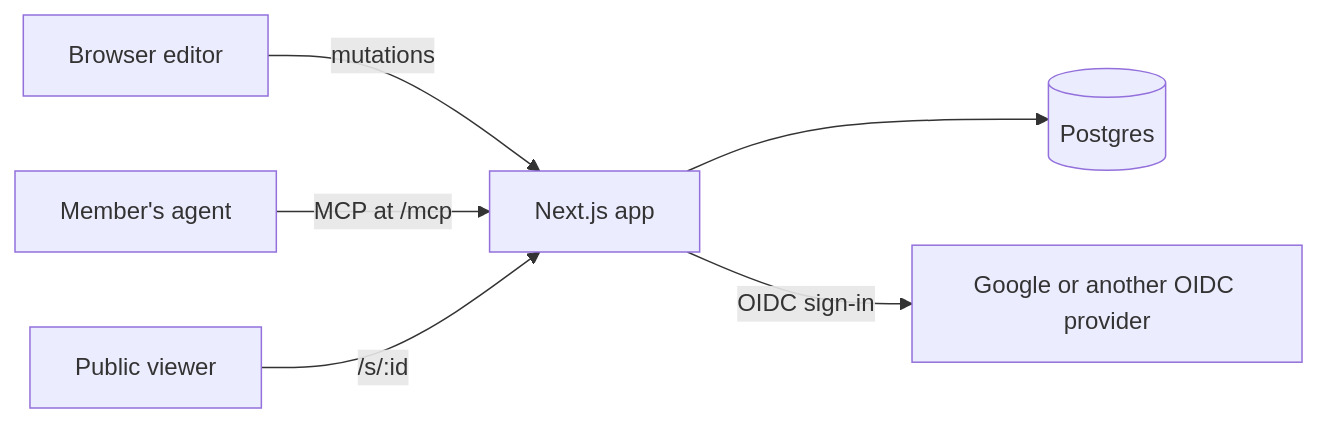
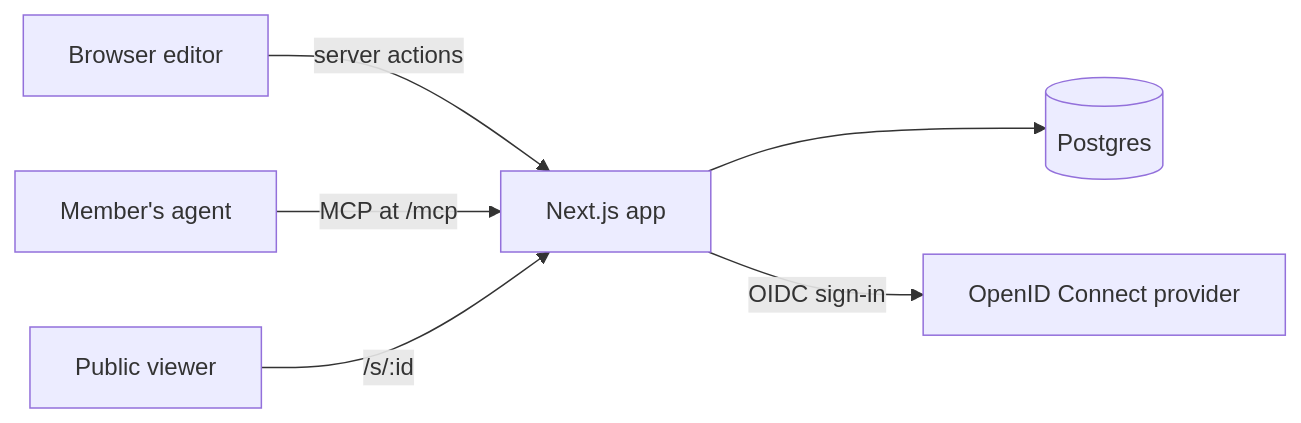
The diagram in PLAN.md (zyx1121/slide), drawn with Mermaid before and after one commit. The commit also changed other lines of this file and 2 other files, not shown here.

````diff
--- a/PLAN.md
+++ b/PLAN.md
@@ -28,8 +26,8 @@
 ```mermaid
 flowchart LR
-  E[Browser editor] -->|mutations| A[Next.js app]
+  E[Browser editor] -->|server actions| A[Next.js app]
   G[Member's agent] -->|MCP at /mcp| A
   V[Public viewer] -->|/s/:id| A
   A --> D[(Postgres)]
-  A -->|OIDC sign-in| O[Google or another OIDC provider]
+  A -->|OIDC sign-in| O[OpenID Connect provider]
 ```
````
